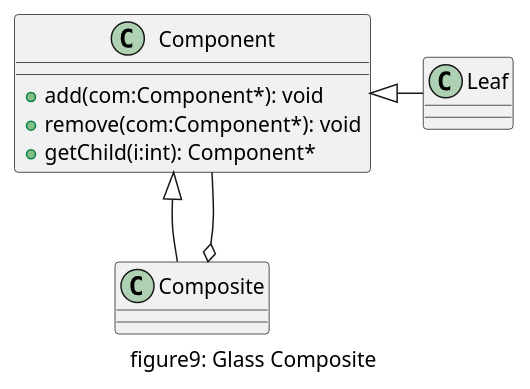
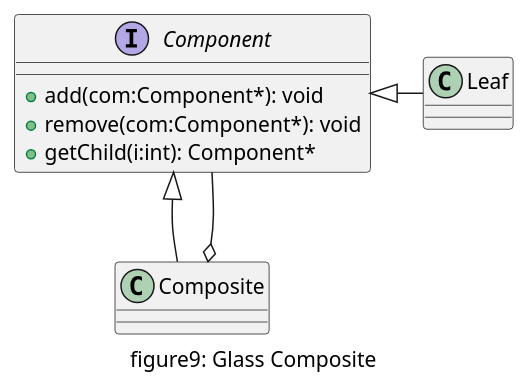
The second of 2 diagrams in doc/uml/09_composite.pu (daileyet/designpattern4cplusplus), drawn with PlantUML before and after one commit. The commit also changed other lines of this file and 33 other files, not shown here.

Commit message:
add iterator and change uml before

```diff
--- a/doc/uml/09_composite.pu
+++ b/doc/uml/09_composite.pu
@@ -17,15 +17,15 @@
 @startuml "figure9_composite_glass"
 caption figure9: Glass Composite
 
-class Component{
+interface Component{
     + add(com:Component*): void
     + remove(com:Component*): void
     + getChild(i:int): Component*
 }
 class Leaf{}
 class Composite{}
 
 Component <|-right- Leaf
 Component <|-- Composite
 Composite o-- Component
 @enduml
```
